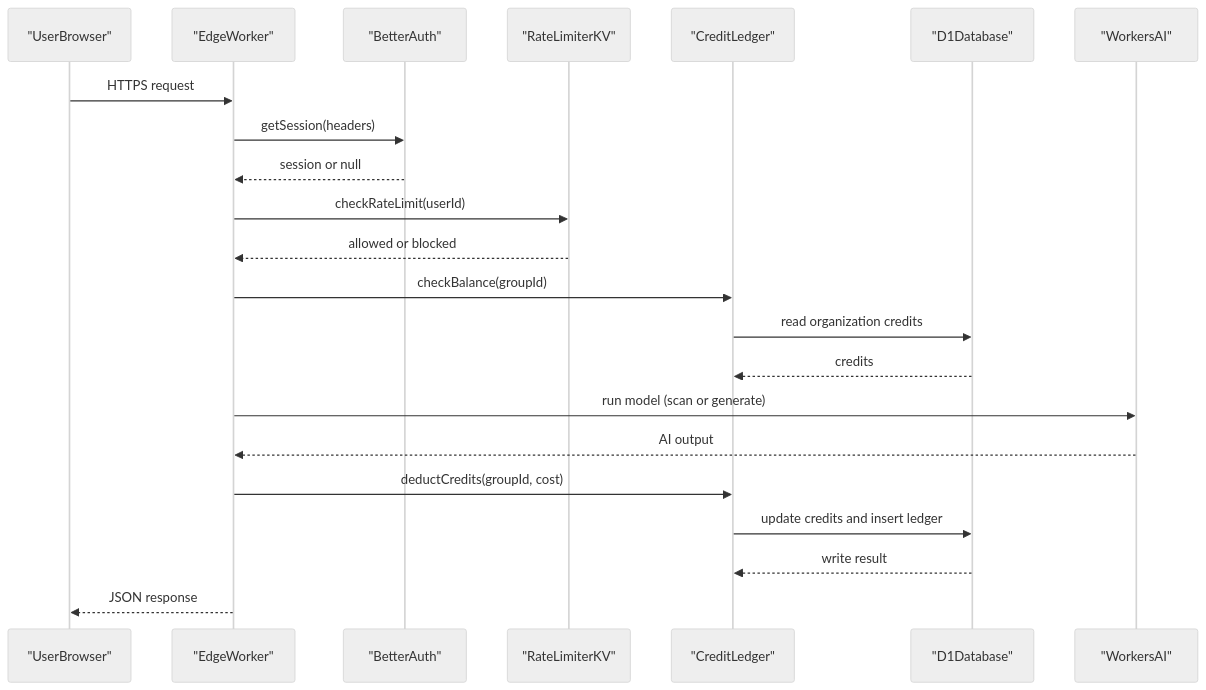
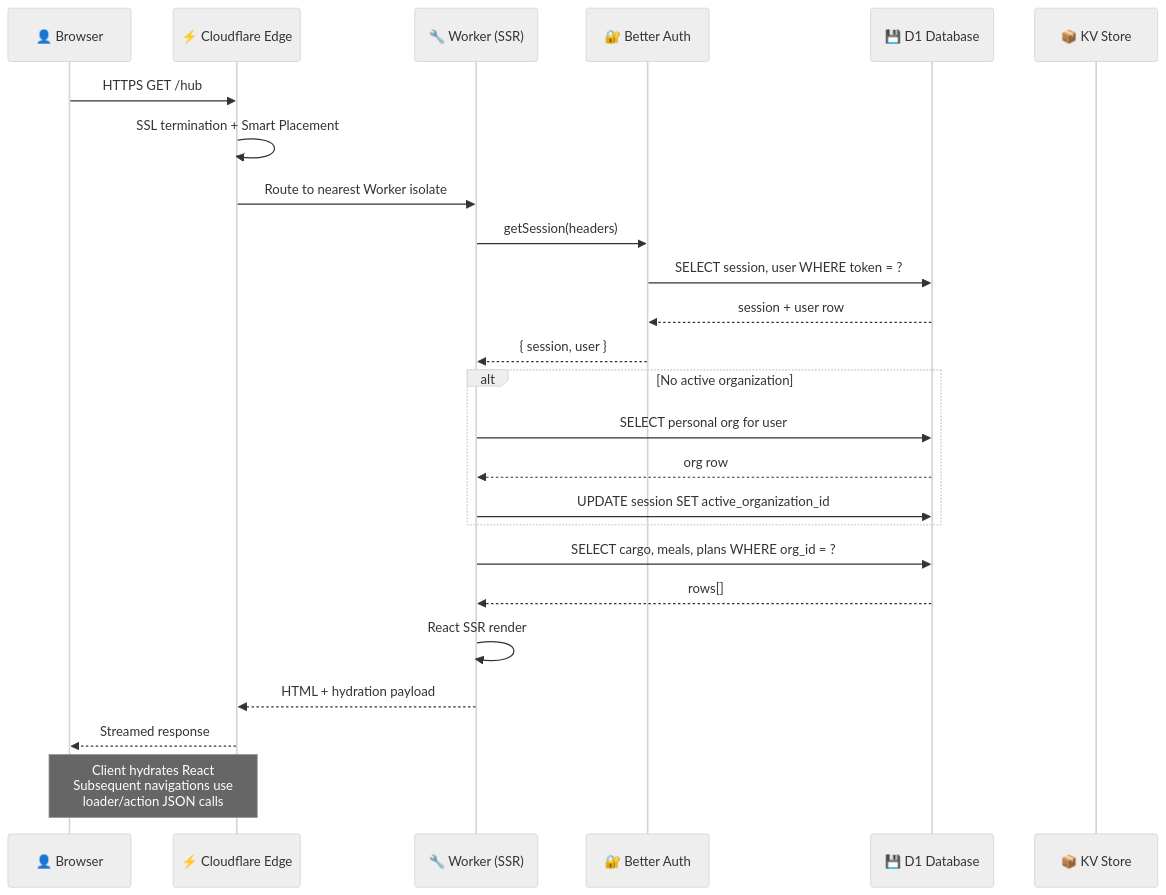
The second of 12 diagrams in README.md (bjamesdowning/ration-mirror), drawn with Mermaid (neutral theme) before and after one commit. The commit also changed other lines of this file, not shown here.

````diff
--- a/README.md
+++ b/README.md
@@ -106,25 +150,33 @@
 ```mermaid
 sequenceDiagram
-    participant UserBrowser as "UserBrowser"
-    participant EdgeWorker as "EdgeWorker"
-    participant AuthService as "BetterAuth"
-    participant RateLimiter as "RateLimiterKV"
-    participant CreditLedger as "CreditLedger"
-    participant D1DB as "D1Database"
-    participant WorkersAI as "WorkersAI"
+    participant Browser as 👤 Browser
+    participant Edge as ⚡ Cloudflare Edge
+    participant Worker as 🔧 Worker (SSR)
+    participant Auth as 🔐 Better Auth
+    participant D1 as 💾 D1 Database
+    participant KV as 📦 KV Store
 
-    UserBrowser->>EdgeWorker: HTTPS request
-    EdgeWorker->>AuthService: getSession(headers)
-    AuthService-->>EdgeWorker: session or null
-    EdgeWorker->>RateLimiter: checkRateLimit(userId)
-    RateLimiter-->>EdgeWorker: allowed or blocked
-    EdgeWorker->>CreditLedger: checkBalance(groupId)
-    CreditLedger->>D1DB: read organization credits
-    D1DB-->>CreditLedger: credits
-    EdgeWorker->>WorkersAI: run model (scan or generate)
-    WorkersAI-->>EdgeWorker: AI output
-    EdgeWorker->>CreditLedger: deductCredits(groupId, cost)
-    CreditLedger->>D1DB: update credits and insert ledger
-    D1DB-->>CreditLedger: write result
-    EdgeWorker-->>UserBrowser: JSON response
+    Browser->>Edge: HTTPS GET /hub
+    Edge->>Edge: SSL termination + Smart Placement
+    Edge->>Worker: Route to nearest Worker isolate
+
+    Worker->>Auth: getSession(headers)
+    Auth->>D1: SELECT session, user WHERE token = ?
+    D1-->>Auth: session + user row
+    Auth-->>Worker: { session, user }
+
+    alt No active organization
+        Worker->>D1: SELECT personal org for user
+        D1-->>Worker: org row
+        Worker->>D1: UPDATE session SET active_organization_id
+    end
+
+    Worker->>D1: SELECT cargo, meals, plans WHERE org_id = ?
+    D1-->>Worker: rows[]
+
+    Worker->>Worker: React SSR render
+    Worker-->>Edge: HTML + hydration payload
+    Edge-->>Browser: Streamed response
+
+    Note over Browser,Edge: Client hydrates React<br/>Subsequent navigations use<br/>loader/action JSON calls
 ```
````
